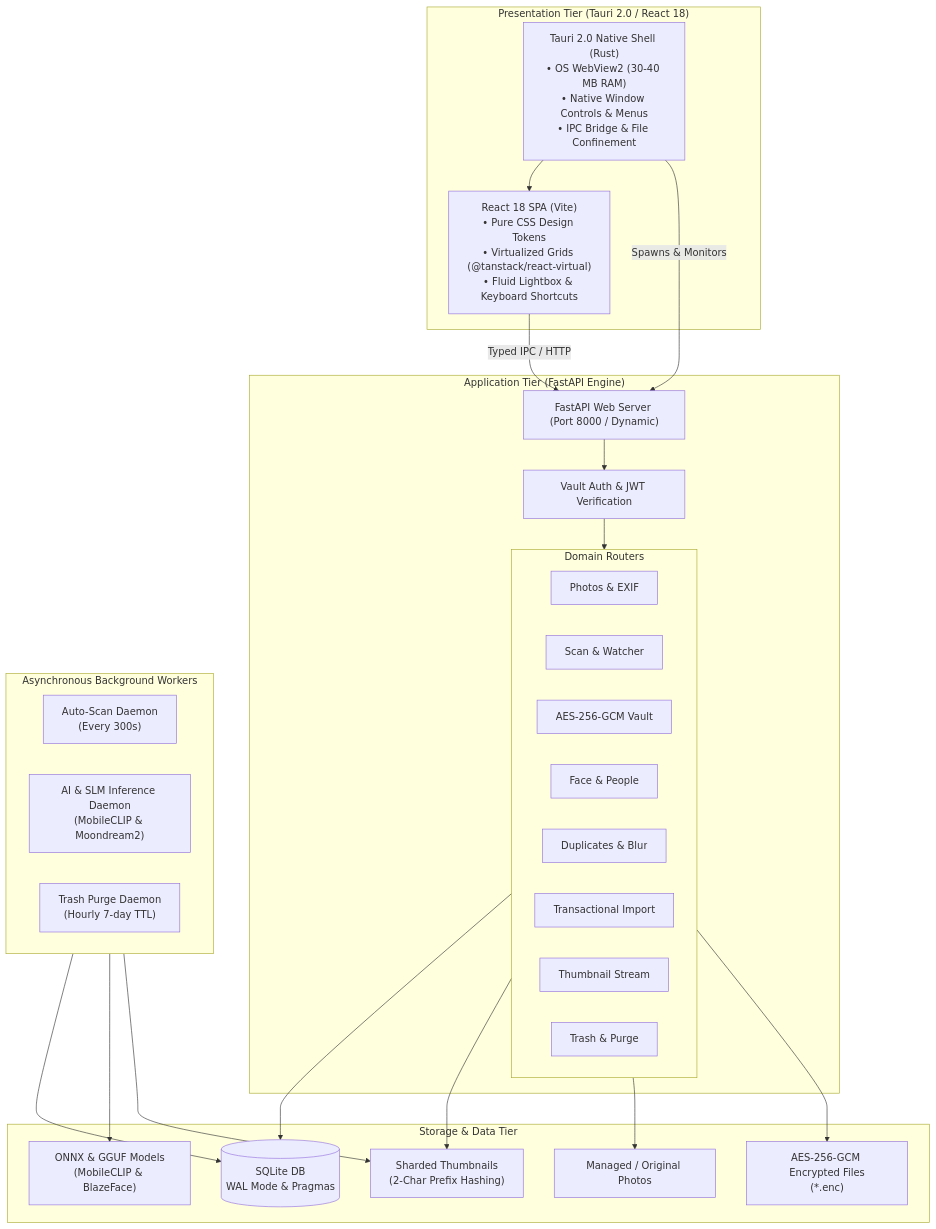
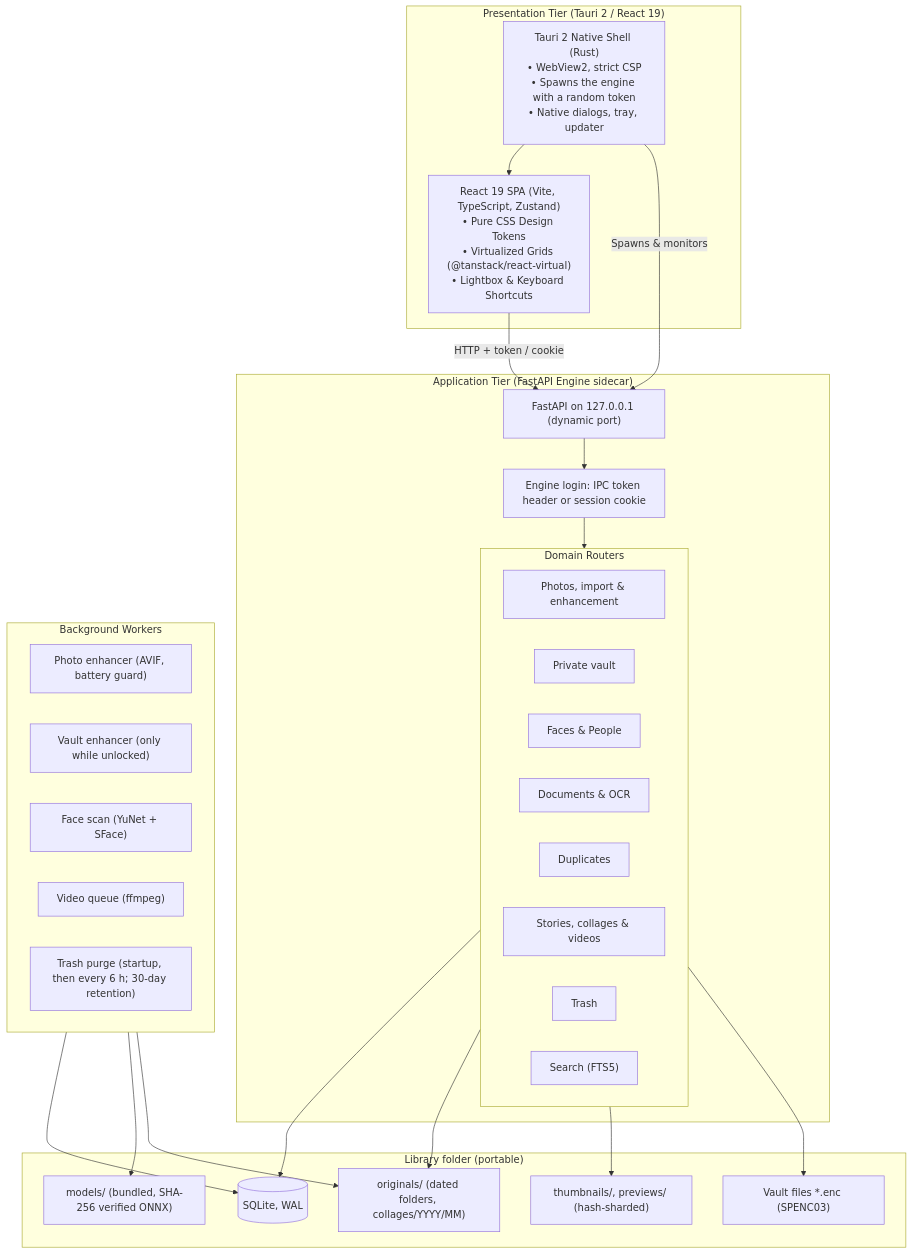
Before and after one commit to SumitKanchan4/SecurePhotos: the first of 7 diagrams in docs/architecture.md, drawn with Mermaid. The commit also changed other lines of this file and 15 other files, not shown here.

````diff
--- a/docs/architecture.md
+++ b/docs/architecture.md
@@ -17,54 +17,51 @@
 ```mermaid
 graph TB
-    subgraph UI_Layer ["Presentation Tier (Tauri 2.0 / React 18)"]
-        ReactUI["React 18 SPA (Vite)<br/>• Pure CSS Design Tokens<br/>• Virtualized Grids (@tanstack/react-virtual)<br/>• Fluid Lightbox & Keyboard Shortcuts"]
-        TauriShell["Tauri 2.0 Native Shell (Rust)<br/>• OS WebView2 (30-40 MB RAM)<br/>• Native Window Controls & Menus<br/>• IPC Bridge & File Confinement"]
-        
+    subgraph UI_Layer ["Presentation Tier (Tauri 2 / React 19)"]
+        ReactUI["React 19 SPA (Vite, TypeScript, Zustand)<br/>• Pure CSS Design Tokens<br/>• Virtualized Grids (@tanstack/react-virtual)<br/>• Lightbox & Keyboard Shortcuts"]
+        TauriShell["Tauri 2 Native Shell (Rust)<br/>• WebView2, strict CSP<br/>• Spawns the engine with a random token<br/>• Native dialogs, tray, updater"]
         TauriShell --> ReactUI
     end
 
-    subgraph Service_Layer ["Application Tier (FastAPI Engine)"]
-        FastAPIApp["FastAPI Web Server (Port 8000 / Dynamic)"]
-        AuthMiddleware["Vault Auth & JWT Verification"]
-        
+    subgraph Service_Layer ["Application Tier (FastAPI Engine sidecar)"]
+        FastAPIApp["FastAPI on 127.0.0.1 (dynamic port)"]
+        AuthMiddleware["Engine login: IPC token header or session cookie"]
         subgraph Domain_Routers ["Domain Routers"]
-            PhotosR["Photos & EXIF"]
-            ScanR["Scan & Watcher"]
-            VaultR["AES-256-GCM Vault"]
-            PeopleR["Face & People"]
-            InsightsR["Duplicates & Blur"]
-            ImportR["Transactional Import"]
-            ThumbR["Thumbnail Stream"]
-            TrashR["Trash & Purge"]
+            PhotosR["Photos, import & enhancement"]
+            VaultR["Private vault"]
+            PeopleR["Faces & People"]
+            DocsR["Documents & OCR"]
+            DupR["Duplicates"]
+            StoriesR["Stories, collages & videos"]
+            TrashR["Trash"]
+            SearchR["Search (FTS5)"]
         end
-        
         FastAPIApp --> AuthMiddleware
         AuthMiddleware --> Domain_Routers
     end
 
-    subgraph Background_Workers ["Asynchronous Background Workers"]
-        ScanWorker["Auto-Scan Daemon<br/>(Every 300s)"]
-        AIWorker["AI & SLM Inference Daemon<br/>(MobileCLIP & Moondream2)"]
-        TrashWorker["Trash Purge Daemon<br/>(Hourly 7-day TTL)"]
+    subgraph Background_Workers ["Background Workers"]
+        Enhancer["Photo enhancer (AVIF, battery guard)"]
+        VaultEnhancer["Vault enhancer (only while unlocked)"]
+        FaceWorker["Face scan (YuNet + SFace)"]
+        VideoWorker["Video queue (ffmpeg)"]
+        TrashWorker["Trash purge (startup, then every 6 h; 30-day retention)"]
     end
 
-    subgraph Storage_Tier ["Storage & Data Tier"]
-        DB[(SQLite DB<br/>WAL Mode & Pragmas)]
-        ThumbStore["Sharded Thumbnails<br/>(2-Char Prefix Hashing)"]
-        RawPhotos["Managed / Original Photos"]
-        EncryptedVault["AES-256-GCM Encrypted Files<br/>(*.enc)"]
-        ModelsDir["ONNX & GGUF Models<br/>(MobileCLIP & BlazeFace)"]
+    subgraph Storage_Tier ["Library folder (portable)"]
+        DB[(SQLite, WAL)]
+        Originals["originals/ (dated folders, collages/YYYY/MM)"]
+        ThumbStore["thumbnails/, previews/ (hash-sharded)"]
+        EncryptedVault["Vault files *.enc (SPENC03)"]
+        ModelsDir["models/ (bundled, SHA-256 verified ONNX)"]
     end
 
-    ReactUI -->|Typed IPC / HTTP| FastAPIApp
-    TauriShell -->|Spawns & Monitors| FastAPIApp
-
+    ReactUI -->|HTTP + token / cookie| FastAPIApp
+    TauriShell -->|Spawns & monitors| FastAPIApp
     Domain_Routers --> DB
+    Domain_Routers --> Originals
     Domain_Routers --> ThumbStore
-    Domain_Routers --> RawPhotos
     Domain_Routers --> EncryptedVault
-
     Background_Workers --> DB
     Background_Workers --> ModelsDir
-    Background_Workers --> ThumbStore
+    Background_Workers --> Originals
 ```
````
